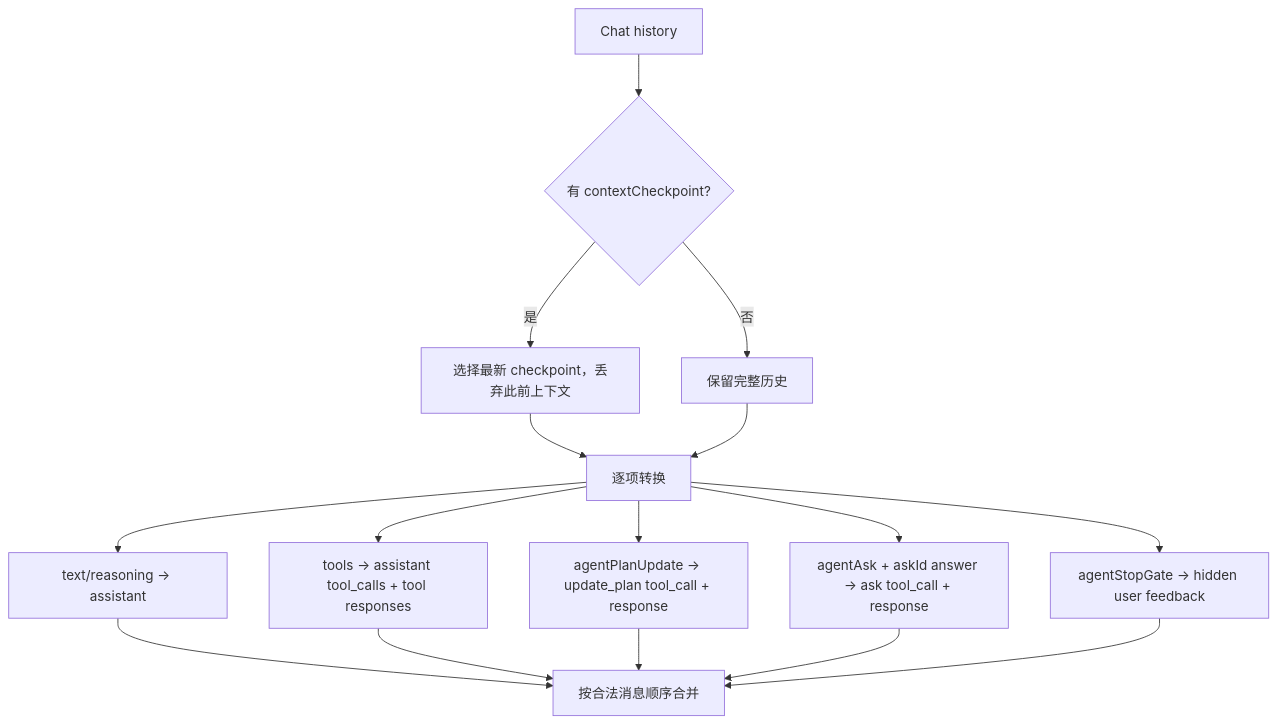
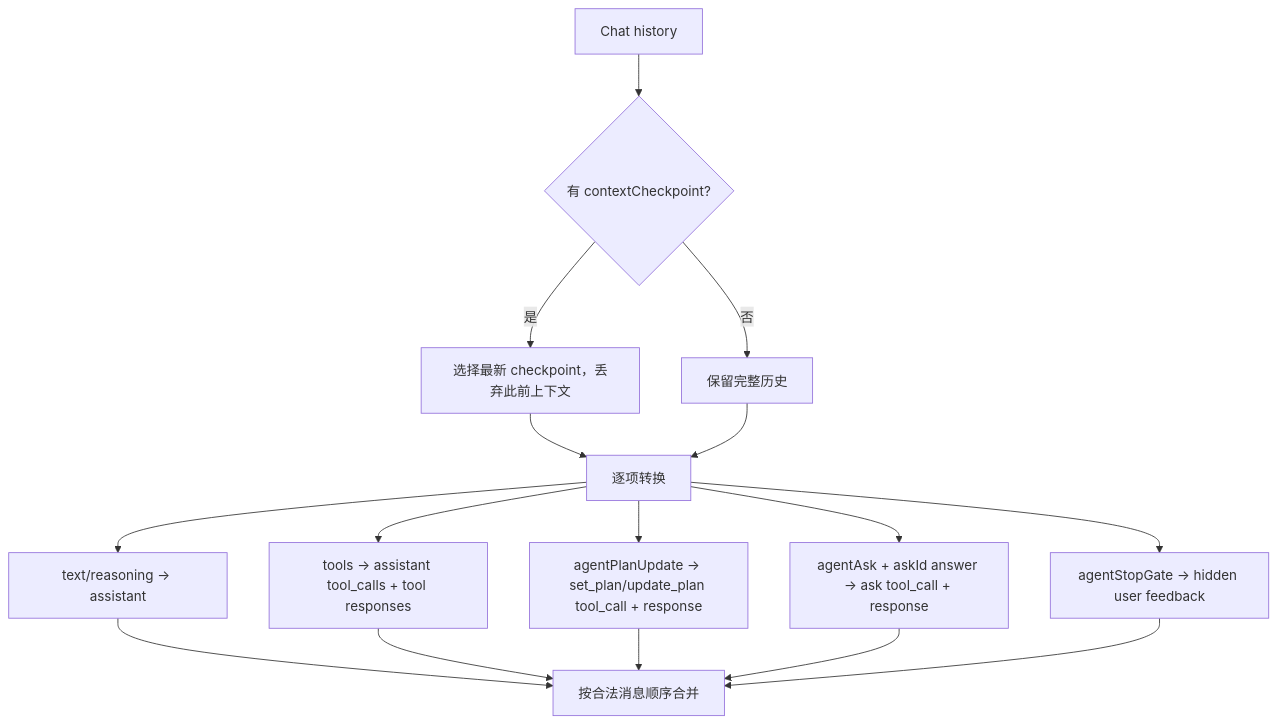
Before and after one commit to labring/FastGPT: the sixth of 7 diagrams in .agents/design/core/ai/agent-loop/technical-design.md, drawn with Mermaid. The commit also changed other lines of this file and 58 other files, not shown here.

````diff
--- a/.agents/design/core/ai/agent-loop/technical-design.md
+++ b/.agents/design/core/ai/agent-loop/technical-design.md
@@ -445,18 +446,18 @@
 ```mermaid
 flowchart TD
   H["Chat history"] --> CP{"有 contextCheckpoint?"}
   CP -->|是| CUT["选择最新 checkpoint，丢弃此前上下文"]
   CP -->|否| ALL["保留完整历史"]
   CUT --> CVT["逐项转换"]
   ALL --> CVT
   CVT --> TXT["text/reasoning -> assistant"]
   CVT --> TOOL["tools -> assistant tool_calls + tool responses"]
-  CVT --> PLAN["agentPlanUpdate -> update_plan tool_call + response"]
+  CVT --> PLAN["agentPlanUpdate -> set_plan/update_plan tool_call + response"]
   CVT --> ASK["agentAsk + askId answer -> ask tool_call + response"]
   CVT --> STOP["agentStopGate -> hidden user feedback"]
   TXT --> MERGE["按合法消息顺序合并"]
   TOOL --> MERGE
   PLAN --> MERGE
   ASK --> MERGE
   STOP --> MERGE
 ```
````
